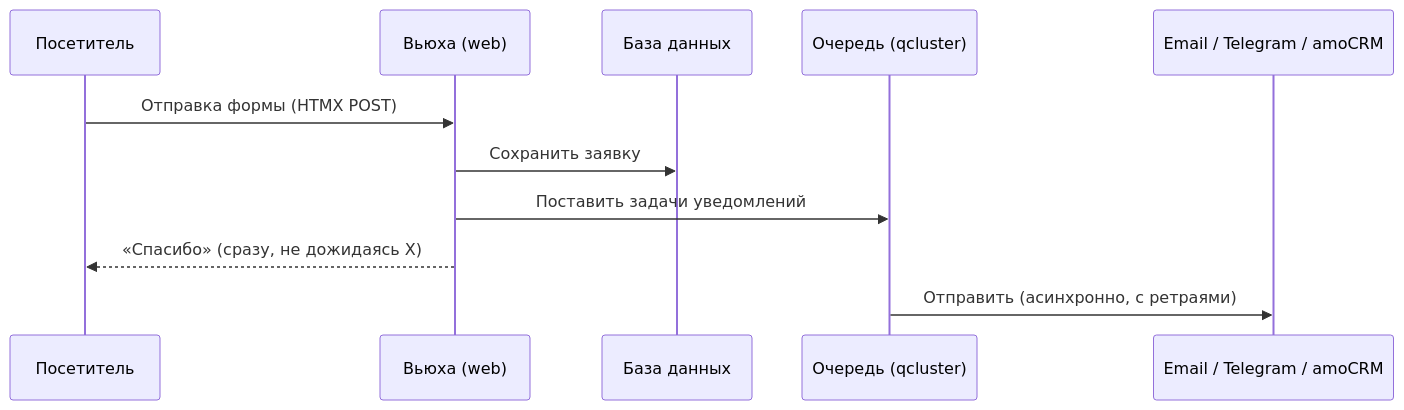
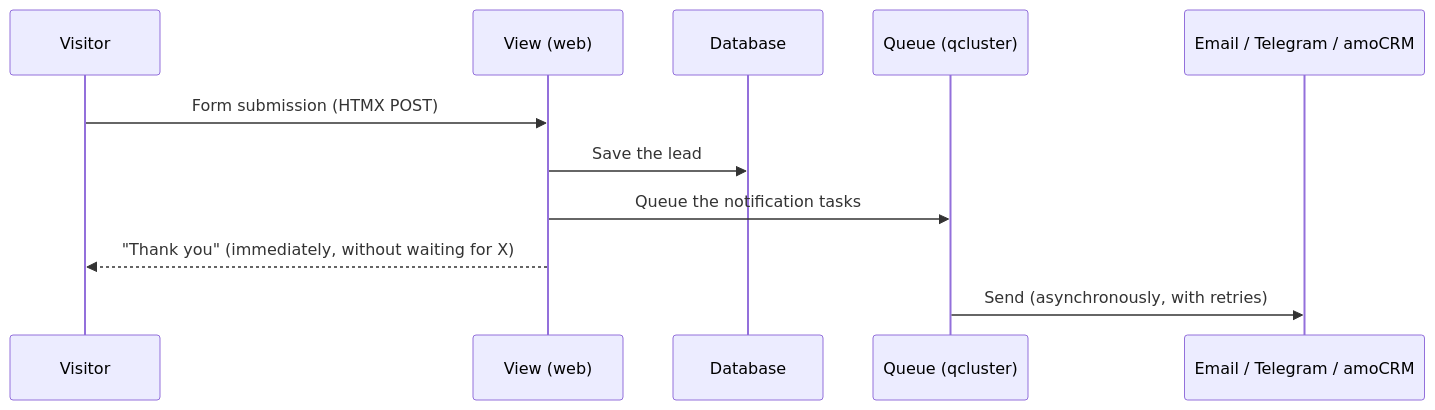
The diagram in docs/explanation/architecture.md (Skerter/django-plastic-landing), drawn with Mermaid before and after one commit. The commit also changed other lines of this file and 37 other files, not shown here.

````diff
--- a/docs/explanation/architecture.md
+++ b/docs/explanation/architecture.md
@@ -61,14 +61,14 @@
 ```mermaid
 sequenceDiagram
-    participant U as Посетитель
-    participant V as Вьюха (web)
-    participant DB as База данных
-    participant Q as Очередь (qcluster)
+    participant U as Visitor
+    participant V as View (web)
+    participant DB as Database
+    participant Q as Queue (qcluster)
     participant X as Email / Telegram / amoCRM
 
-    U->>V: Отправка формы (HTMX POST)
-    V->>DB: Сохранить заявку
-    V->>Q: Поставить задачи уведомлений
-    V-->>U: «Спасибо» (сразу, не дожидаясь X)
-    Q->>X: Отправить (асинхронно, с ретраями)
+    U->>V: Form submission (HTMX POST)
+    V->>DB: Save the lead
+    V->>Q: Queue the notification tasks
+    V-->>U: "Thank you" (immediately, without waiting for X)
+    Q->>X: Send (asynchronously, with retries)
 ```
````
